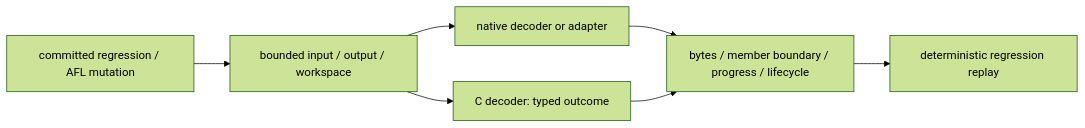
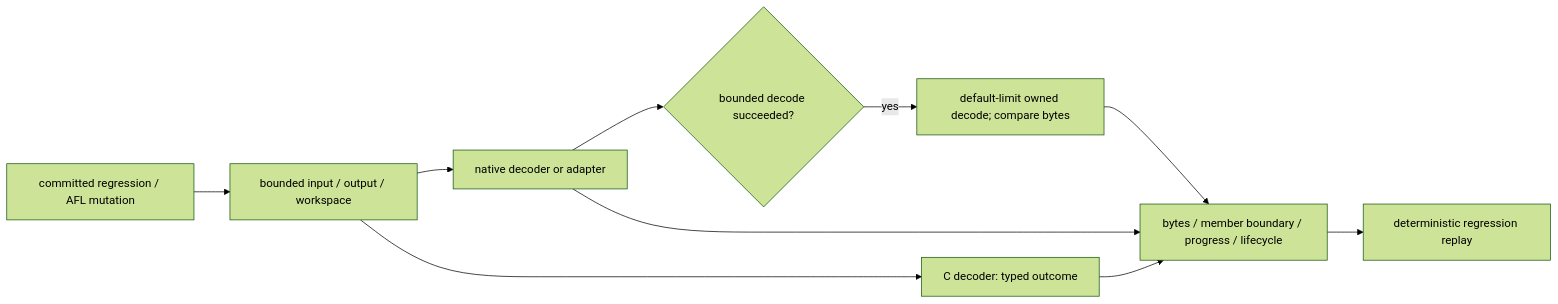
One commit to Mnwa/mbrotli changed the eighth of 9 diagrams in architecture/fuzzing.md. Above: the diagram before and after it, drawn with Mermaid (forest theme). The commit also changed other lines of this file and 59 other files, not shown here.

````diff
--- a/architecture/fuzzing.md
+++ b/architecture/fuzzing.md
@@ -355,9 +358,12 @@
 ```mermaid
 graph LR
     Seed[committed regression / AFL mutation] --> Budget[bounded input / output / workspace]
     Budget --> Rust[native decoder or adapter]
     Budget --> Oracle[C decoder: typed outcome]
-    Rust --> Check[bytes / member boundary / progress / lifecycle]
+    Rust --> Accepted{bounded decode succeeded?}
+    Accepted -->|yes| Owned[default-limit owned decode; compare bytes]
+    Owned --> Check[bytes / member boundary / progress / lifecycle]
+    Rust --> Check
     Oracle --> Check
     Check --> Regression[deterministic regression replay]
 ```
````
